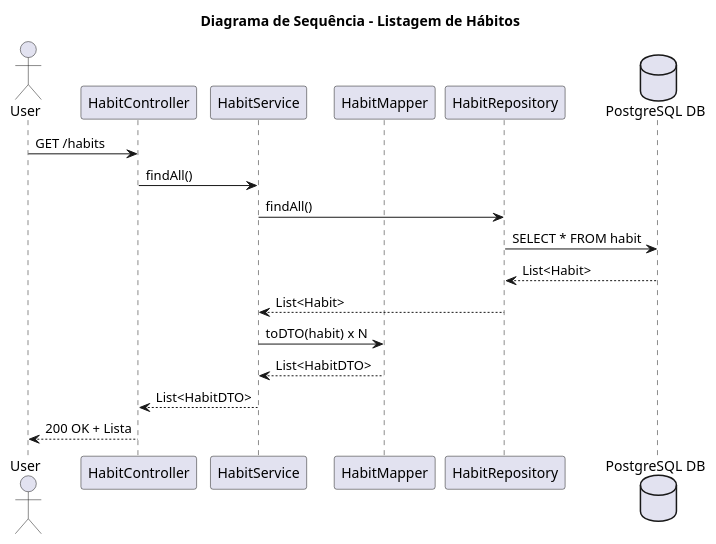
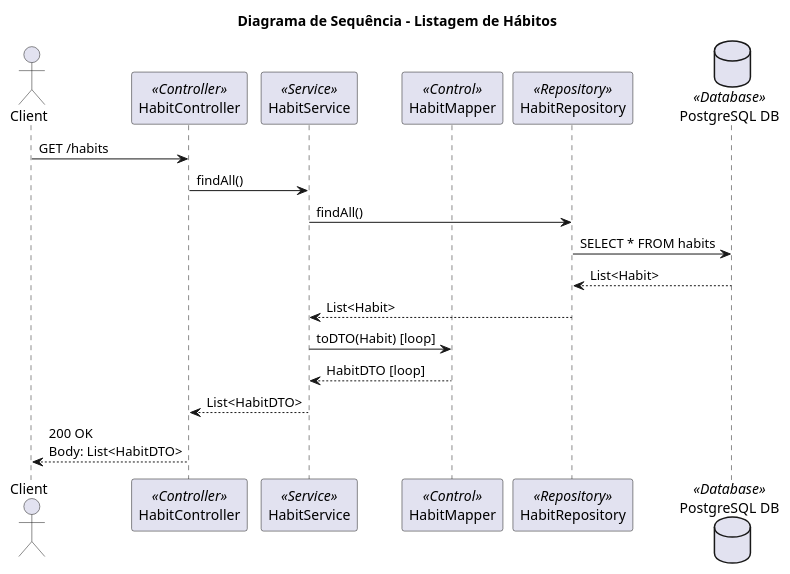
One commit to GuimaraesGus/habit-tracker changed the diagram in docs/habit-list-sequence.puml. Above: the diagram before and after it, drawn with PlantUML. The commit also changed 12 other files, not shown here.

```diff
--- a/docs/habit-list-sequence.puml
+++ b/docs/habit-list-sequence.puml
@@ -1,21 +1,25 @@
 @startuml
 title Diagrama de Sequência - Listagem de Hábitos
 
-actor User
-participant "HabitController" as Controller
-participant "HabitService" as Service
-participant "HabitMapper" as Mapper
-participant "HabitRepository" as Repository
-database "PostgreSQL DB" as DB
+actor Client
 
-User -> Controller : GET /habits
+participant "HabitController" as Controller <<Controller>>
+participant "HabitService" as Service <<Service>>
+participant "HabitMapper" as Mapper <<Control>>
+participant "HabitRepository" as Repository <<Repository>>
+database "PostgreSQL DB" as DB <<Database>>
+
+Client -> Controller : GET /habits
 Controller -> Service : findAll()
+
 Service -> Repository : findAll()
-Repository -> DB : SELECT * FROM habit
+Repository -> DB : SELECT * FROM habits
 DB --> Repository : List<Habit>
 Repository --> Service : List<Habit>
-Service -> Mapper : toDTO(habit) x N
-Mapper --> Service : List<HabitDTO>
+
+Service -> Mapper : toDTO(Habit) [loop]
+Mapper --> Service : HabitDTO [loop]
+
 Service --> Controller : List<HabitDTO>
-Controller --> User : 200 OK + Lista
+Controller --> Client : 200 OK\nBody: List<HabitDTO>
 @enduml
```
